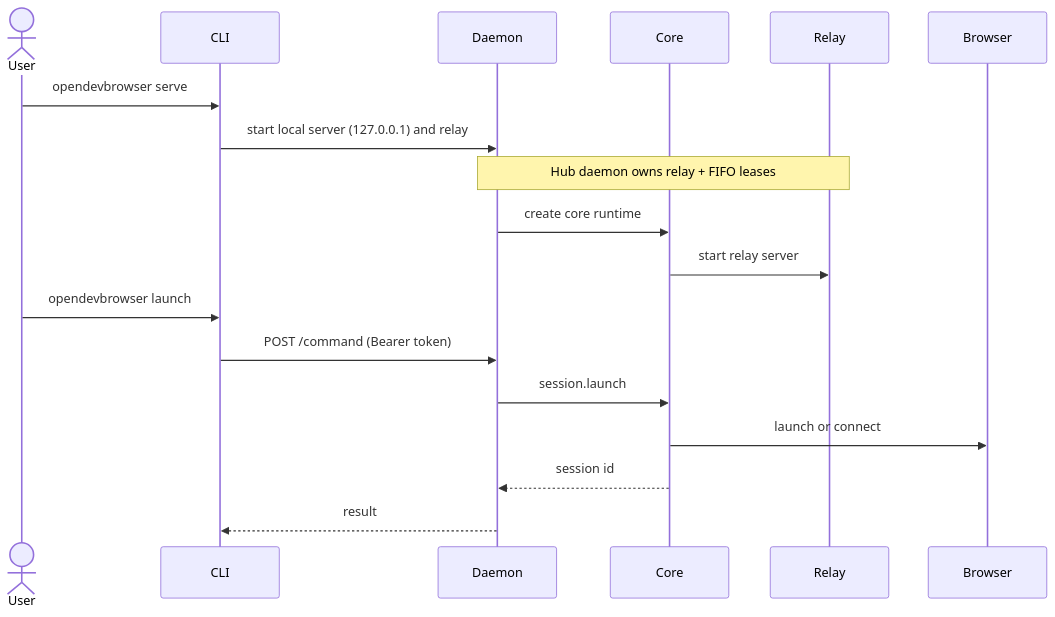
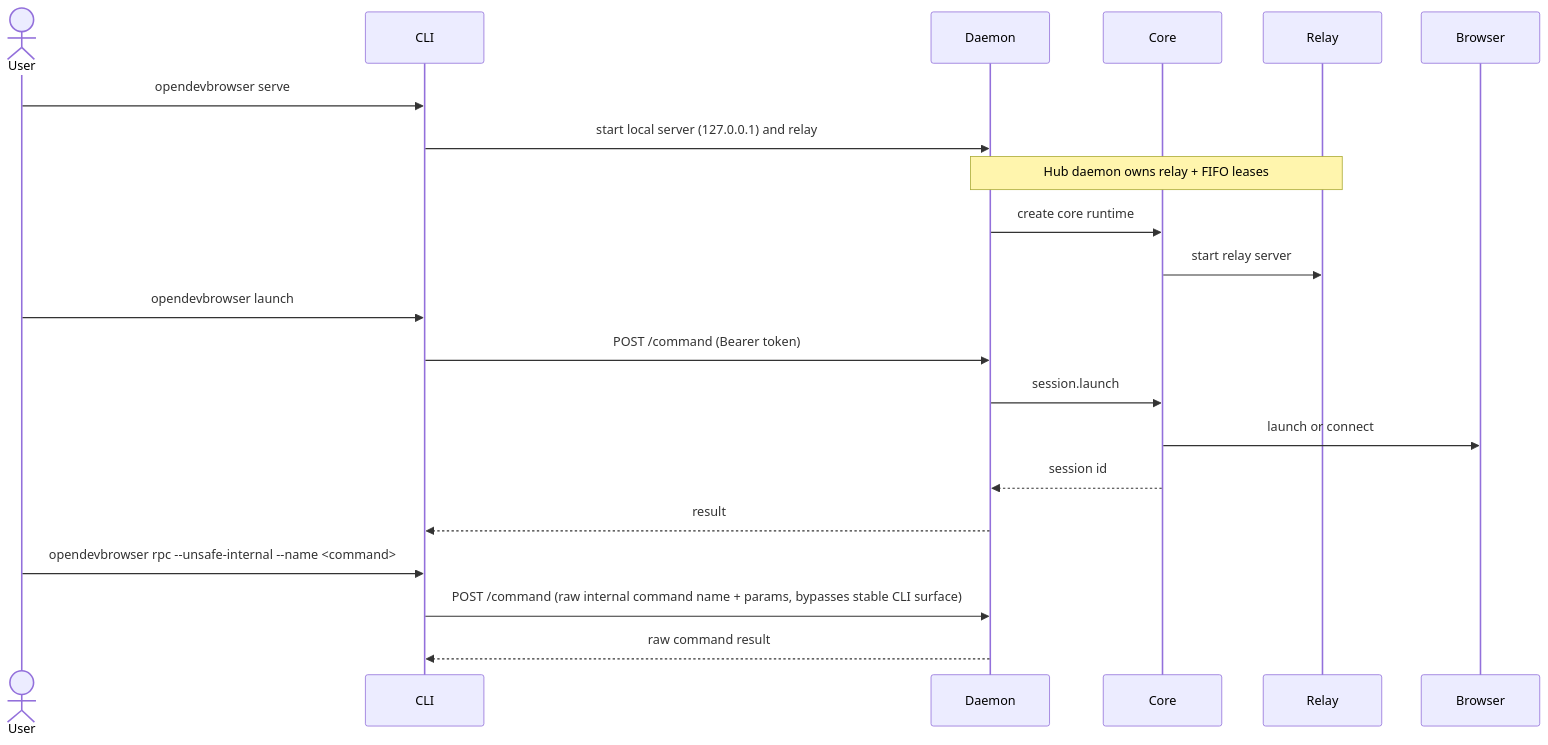
Before and after one commit to freshtechbro/opendevbrowser: the second of 3 diagrams in docs/ARCHITECTURE.md, drawn with Mermaid. The commit also changed other lines of this file and 15 other files, not shown here.

````diff
--- a/docs/ARCHITECTURE.md
+++ b/docs/ARCHITECTURE.md
@@ -76,21 +84,24 @@
 ```mermaid
 sequenceDiagram
   actor User
   participant CLI
   participant Daemon
   participant Core
   participant Relay
   participant Browser
 
   User->>CLI: opendevbrowser serve
   CLI->>Daemon: start local server (127.0.0.1) and relay
   Note over Daemon,Relay: Hub daemon owns relay + FIFO leases
   Daemon->>Core: create core runtime
   Core->>Relay: start relay server
   User->>CLI: opendevbrowser launch
   CLI->>Daemon: POST /command (Bearer token)
   Daemon->>Core: session.launch
   Core->>Browser: launch or connect
   Core-->>Daemon: session id
   Daemon-->>CLI: result
+  User->>CLI: opendevbrowser rpc --unsafe-internal --name <command>
+  CLI->>Daemon: POST /command (raw internal command name + params, bypasses stable CLI surface)
+  Daemon-->>CLI: raw command result
 ```
````
